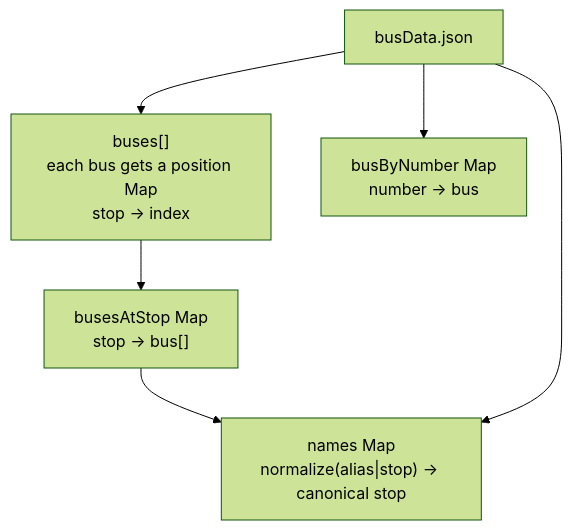
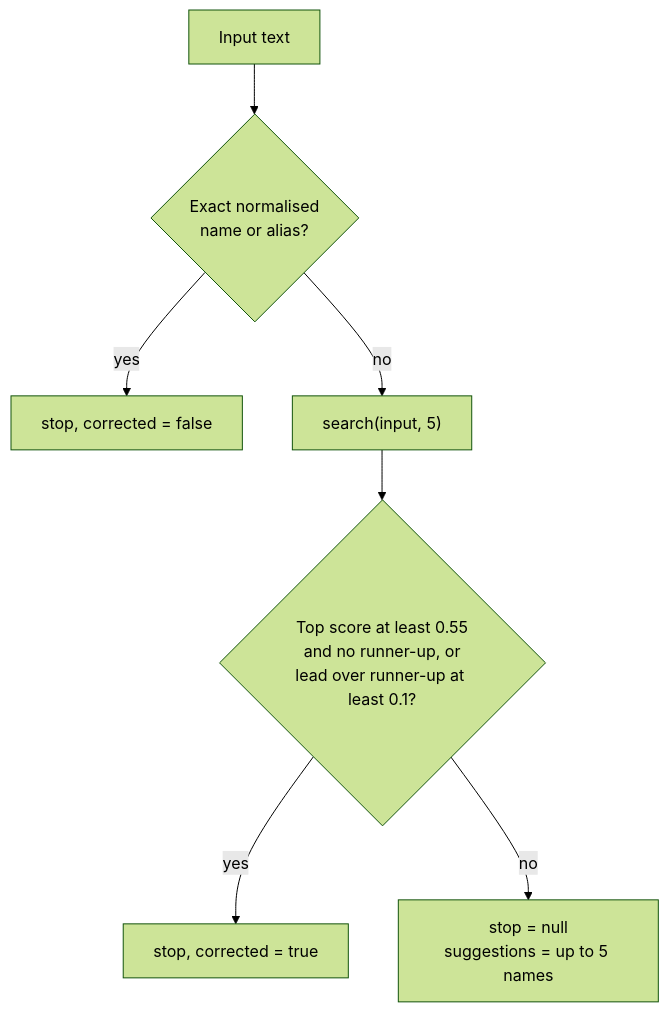
Before and after one commit to adityagupta000/Kudla_Routes: the first of 3 diagrams in docs/planner.md, drawn with Mermaid (forest theme). The commit also changed other lines of this file, not shown here.

````diff
--- a/docs/planner.md
+++ b/docs/planner.md
@@ -12,8 +43,9 @@
 ```mermaid
 flowchart TD
-    JSON["busData.json"] --> BUSES["buses[]<br/>each bus gets a position Map<br/>stop → index"]
-    JSON --> BY_NUM["busByNumber Map<br/>number → bus"]
-    BUSES --> AT_STOP["busesAtStop Map<br/>stop → bus[]"]
-    AT_STOP --> NAMES["names Map<br/>normalize(alias|stop) → canonical stop"]
-    JSON --> NAMES
+    I["Input text"] --> E{"Exact normalised<br/>name or alias?"}
+    E -->|"yes"| R1["stop, corrected = false"]
+    E -->|"no"| S["search(input, 5)"]
+    S --> T{"Top score at least 0.55<br/>and no runner-up, or<br/>lead over runner-up at least 0.1?"}
+    T -->|"yes"| R2["stop, corrected = true"]
+    T -->|"no"| R3["stop = null<br/>suggestions = up to 5 names"]
 ```
````
